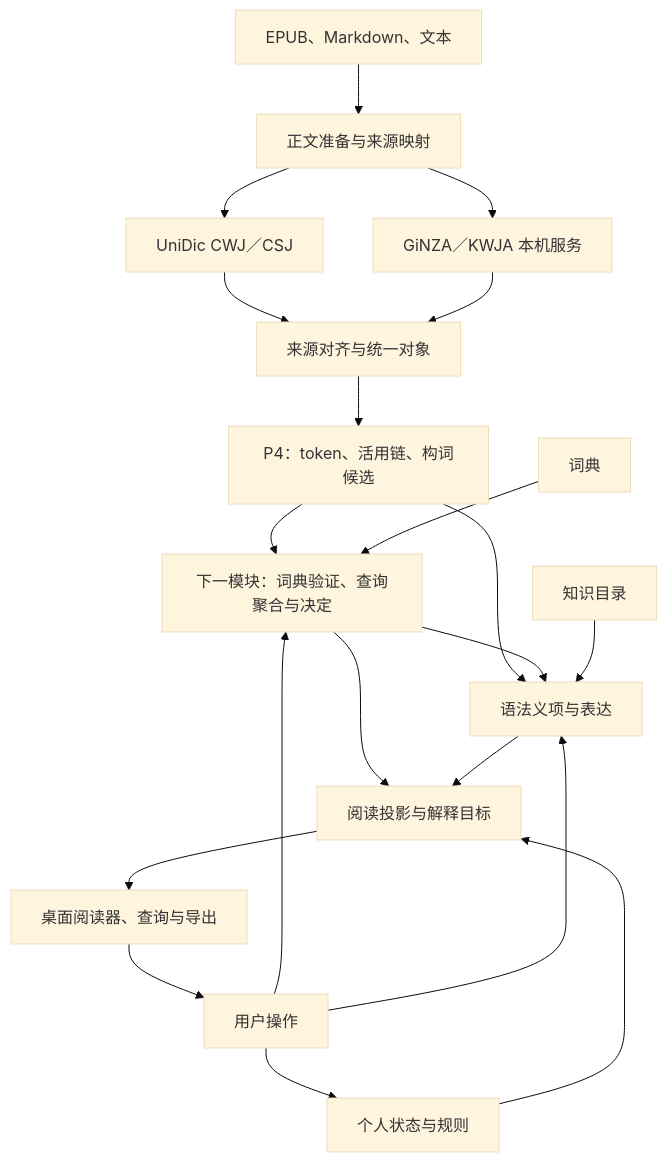
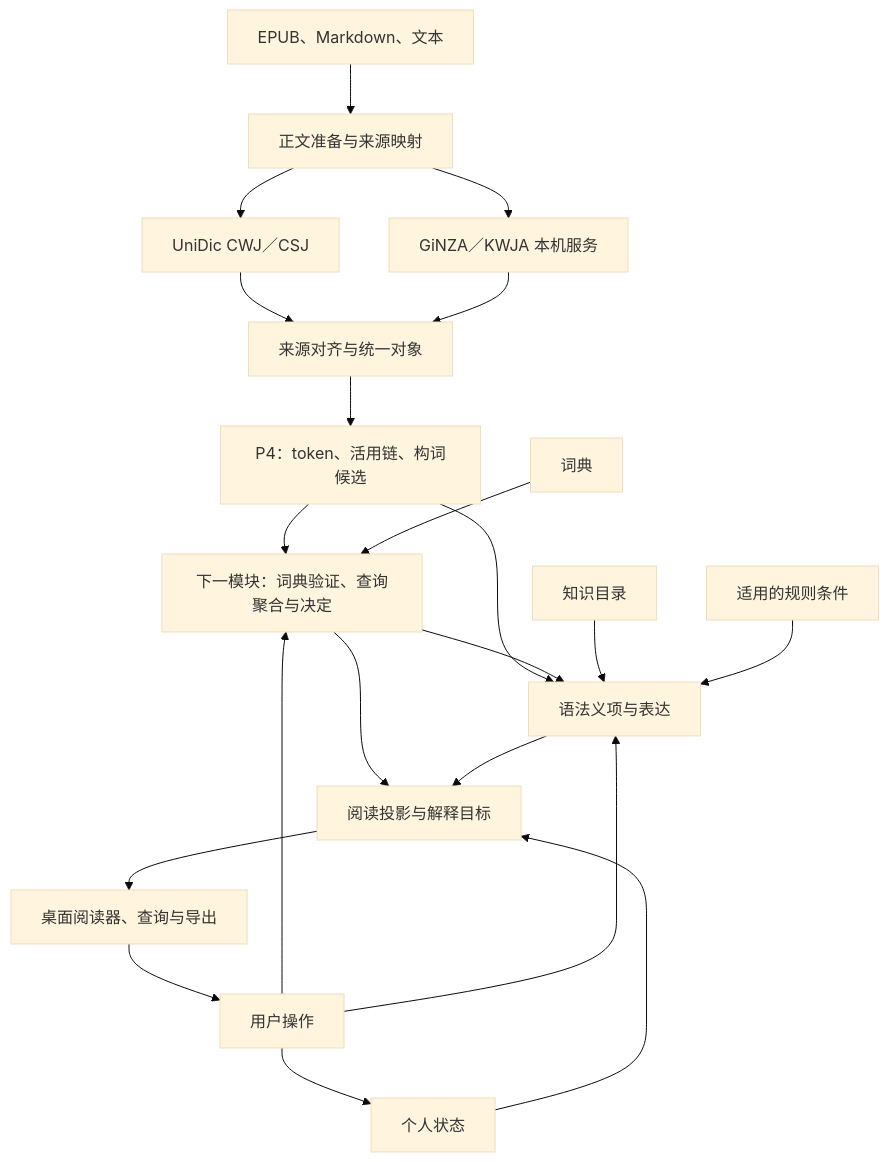
Before and after one commit to OsakaLOOP/kotoclip: the diagram in docs/architecture.md, drawn with Mermaid (base theme). The commit also changed other lines of this file and 15 other files, not shown here.

````diff
--- a/docs/architecture.md
+++ b/docs/architecture.md
@@ -7,22 +7,23 @@
 ```mermaid
 flowchart TD
     Input[EPUB、Markdown、文本] --> Prepare[正文准备与来源映射]
     Prepare --> UniDic[UniDic CWJ／CSJ]
     Prepare --> External[GiNZA／KWJA 本机服务]
     UniDic --> Unified[来源对齐与统一对象]
     External --> Unified
     Unified --> P4[P4：token、活用链、构词候选]
     P4 --> Query[下一模块：词典验证、查询聚合与决定]
     Dictionary[词典] --> Query
     P4 --> Language[语法义项与表达]
     Query --> Language
     Knowledge[知识目录] --> Language
     Query --> Projection[阅读投影与解释目标]
     Language --> Projection
-    Personal[个人状态与规则] --> Projection
+    Personal[个人状态] --> Projection
+    Rules[适用的规则条件] --> Language
     Projection --> Desktop[桌面阅读器、查询与导出]
     Desktop --> Mutation[用户操作]
     Mutation --> Personal
     Mutation --> Query
     Mutation --> Language
 ```
````
